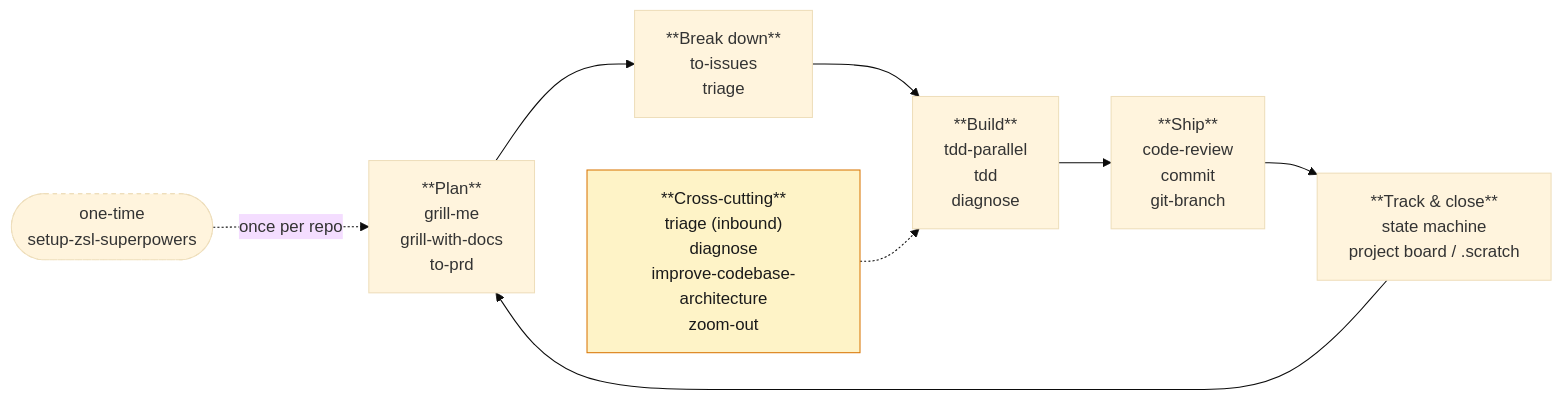
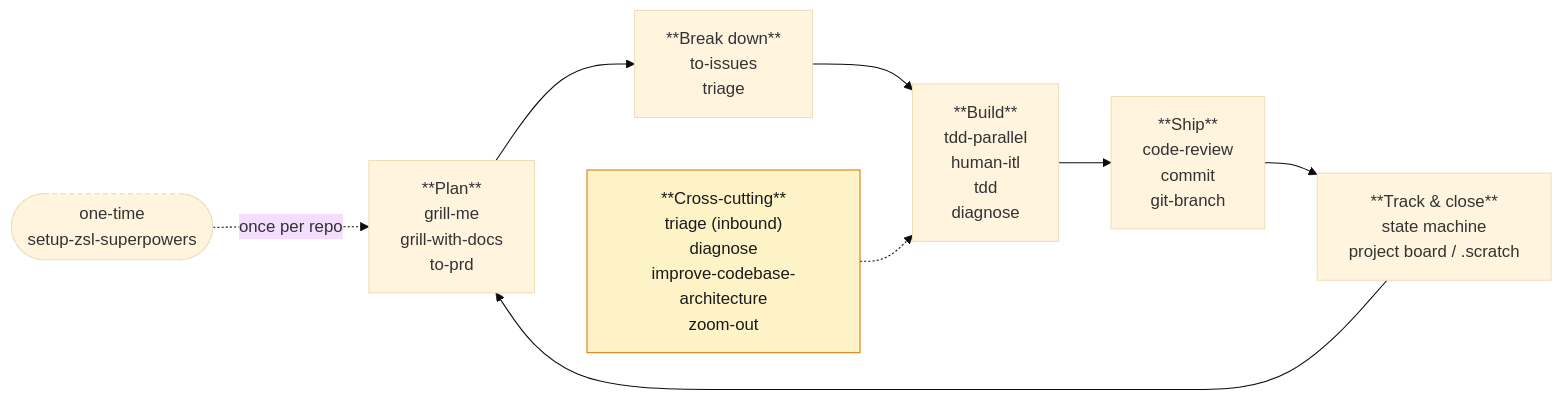
The first of 7 diagrams in docs/concepts/the-loop.md (ZunoSmartLabs/zsl-superpowers), drawn with Mermaid (base theme) before and after one commit. The commit also changed other lines of this file and 12 other files, not shown here.

````diff
--- a/docs/concepts/the-loop.md
+++ b/docs/concepts/the-loop.md
@@ -14,18 +14,18 @@
 ```mermaid
 flowchart LR
     setup(["one-time<br/>setup-zsl-superpowers"]):::oneoff
     plan["**Plan**<br/>grill-me<br/>grill-with-docs<br/>to-prd"]
     breakdown["**Break down**<br/>to-issues<br/>triage"]
-    build["**Build**<br/>tdd-parallel<br/>tdd<br/>diagnose"]
+    build["**Build**<br/>tdd-parallel<br/>human-itl<br/>tdd<br/>diagnose"]
     ship["**Ship**<br/>code-review<br/>commit<br/>git-branch"]
     track["**Track & close**<br/>state machine<br/>project board / .scratch"]
 
     setup -.->|once per repo| plan
     plan --> breakdown --> build --> ship --> track --> plan
 
     cross["**Cross-cutting**<br/>triage (inbound)<br/>diagnose<br/>improve-codebase-architecture<br/>zoom-out"]:::cross
     cross -.-> build
 
     classDef oneoff stroke-dasharray: 4 4
     classDef cross fill:#fef3c7,stroke:#d97706,color:#1a1a1a
 ```
````
